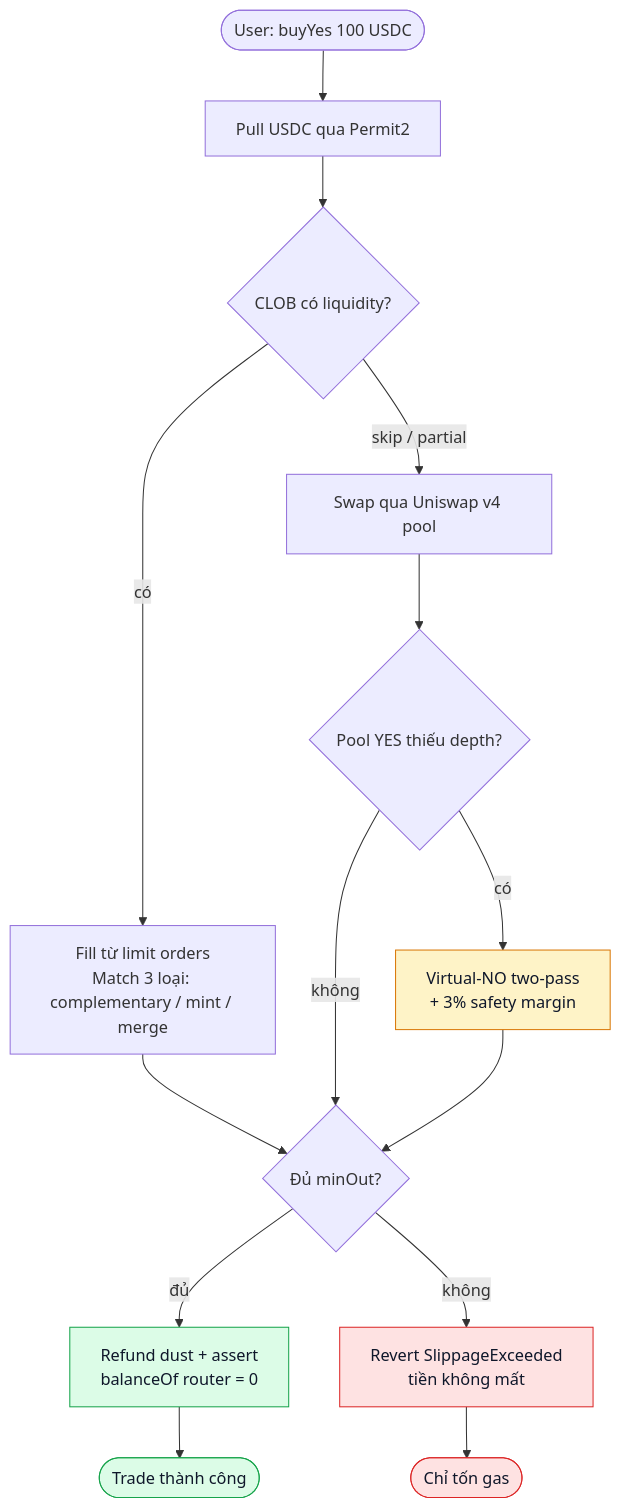
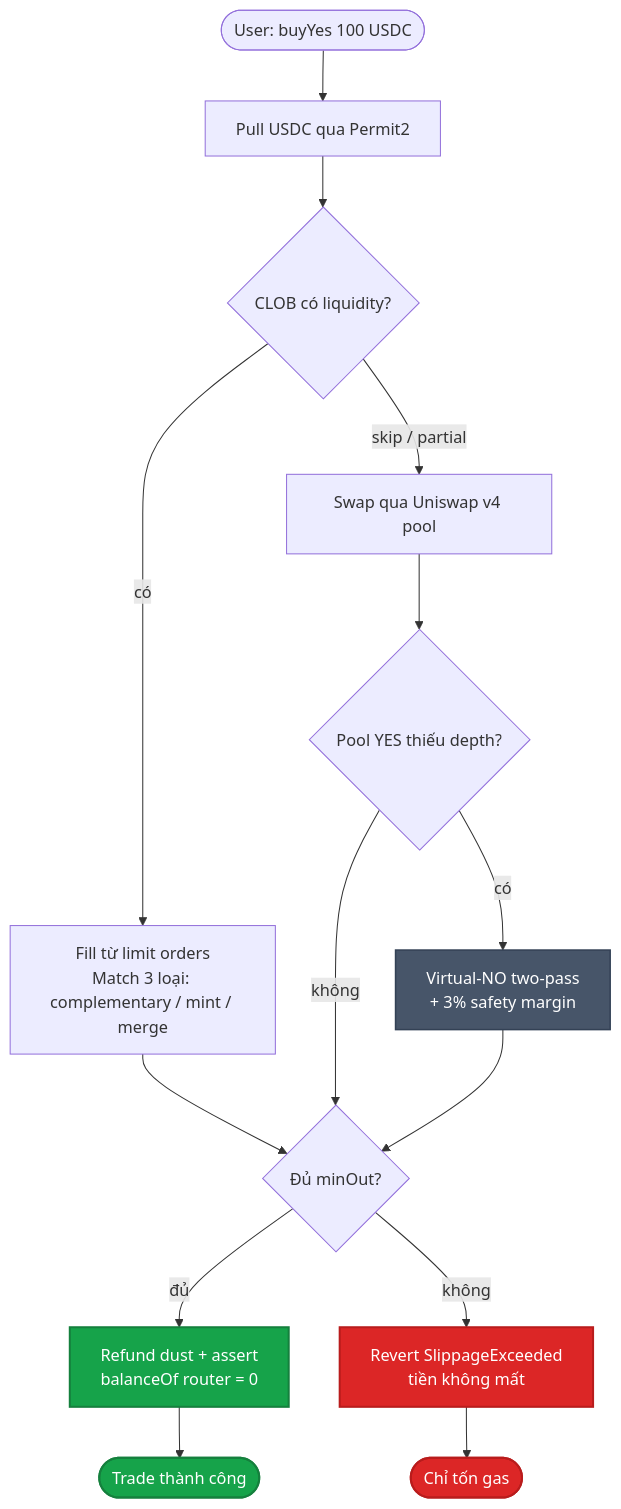
Before and after one commit to PrediX-Protocol/predix-docs: the first of 3 diagrams in vi_v6/khai-niem/clob-va-amm.md, drawn with Mermaid. The commit also changed other lines of this file and 32 other files, not shown here.

First line of the commit message:
docs(vi_v6): redesign Mermaid theme — solid mid-tone palette + dark theme

````diff
--- a/vi_v6/khai-niem/clob-va-amm.md
+++ b/vi_v6/khai-niem/clob-va-amm.md
@@ -17,23 +17,23 @@
 ```mermaid
 flowchart TD
     Start([User: buyYes 100 USDC]) --> Pull[Pull USDC qua Permit2]
     Pull --> CLOB{CLOB có liquidity?}
     CLOB -->|có| FillCLOB[Fill từ limit orders<br/>Match 3 loại: complementary / mint / merge]
     CLOB -->|skip / partial| AMM[Swap qua Uniswap v4 pool]
     FillCLOB --> Check{Đủ minOut?}
     AMM --> VNO{Pool YES thiếu depth?}
     VNO -->|có| Virtual[Virtual-NO two-pass<br/>+ 3% safety margin]
     VNO -->|không| Check
     Virtual --> Check
     Check -->|đủ| Done[Refund dust + assert<br/>balanceOf router = 0]
     Check -->|không| Revert[Revert SlippageExceeded<br/>tiền không mất]
     Done --> End([Trade thành công])
     Revert --> End2([Chỉ tốn gas])
 
-    classDef ok fill:#dcfce7,stroke:#16a34a,color:#0f172a
-    classDef warn fill:#fef3c7,stroke:#d97706,color:#0f172a
-    classDef err fill:#fee2e2,stroke:#dc2626,color:#0f172a
+    classDef ok fill:#16a34a,stroke:#15803d,color:#fff,stroke-width:2px
+    classDef warn fill:#475569,stroke:#334155,color:#fff,stroke-width:1.5px
+    classDef err fill:#dc2626,stroke:#b91c1c,color:#fff,stroke-width:2px
     class Done,End ok
     class Virtual warn
     class Revert,End2 err
 ```
````
